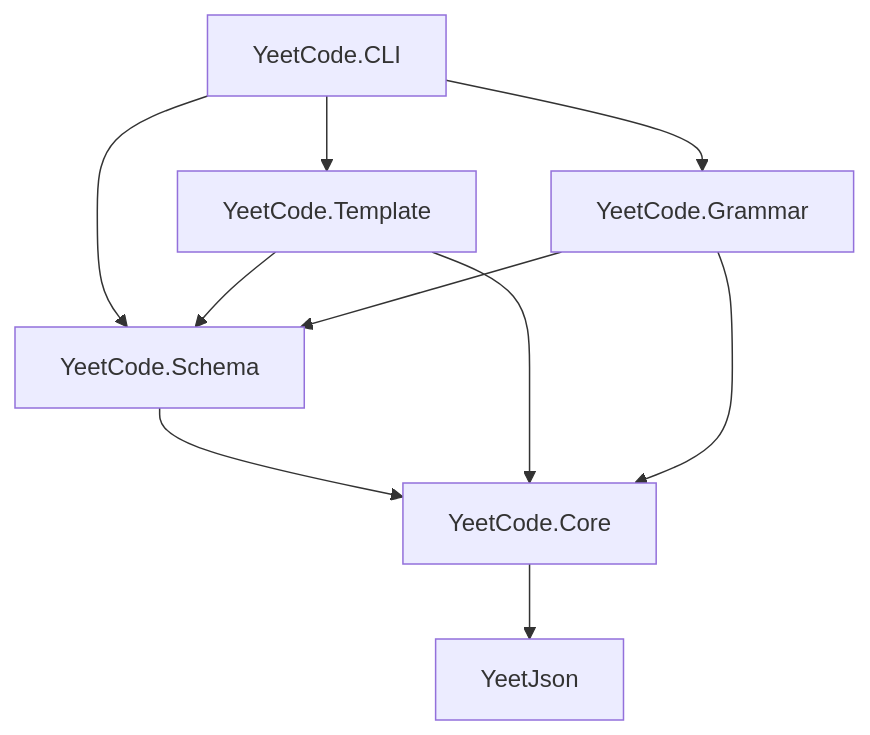
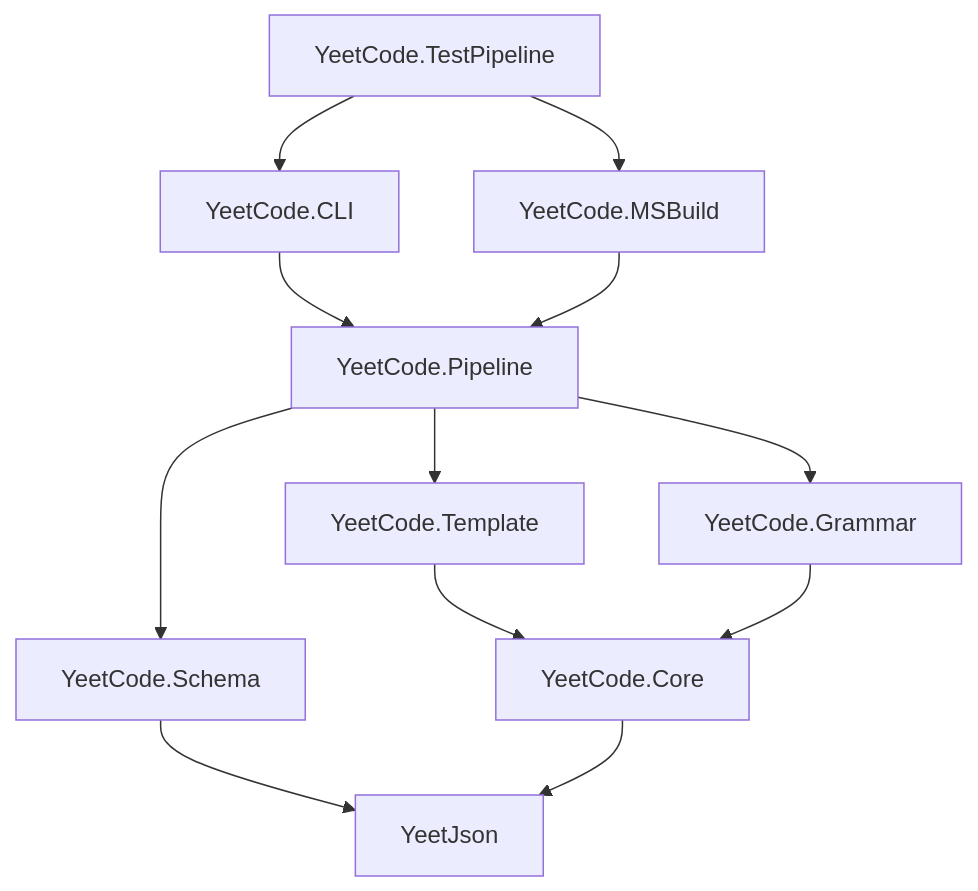
The diagram in _PROJECT_STRUCTURE.md (ArtificialNecessity/AN_YeetCode), drawn with Mermaid before and after one commit. The commit also changed other lines of this file and 27 other files, not shown here.

````diff
--- a/_PROJECT_STRUCTURE.md
+++ b/_PROJECT_STRUCTURE.md
@@ -91,12 +135,14 @@
 ```mermaid
 graph TD
-    CLI[YeetCode.CLI] --> Schema[YeetCode.Schema]
-    CLI --> Template[YeetCode.Template]
-    CLI --> Grammar[YeetCode.Grammar]
-    Schema --> Core[YeetCode.Core]
-    Template --> Core
-    Template --> Schema
+    CLI[YeetCode.CLI] --> Pipeline[YeetCode.Pipeline]
+    MSBuild[YeetCode.MSBuild] --> Pipeline
+    Pipeline --> Schema[YeetCode.Schema]
+    Pipeline --> Template[YeetCode.Template]
+    Pipeline --> Grammar[YeetCode.Grammar]
+    Schema --> YeetJson[YeetJson]
+    Template --> Core[YeetCode.Core]
     Grammar --> Core
-    Grammar --> Schema
-    Core --> HJSON[YeetJson]
+    Core --> YeetJson
+    TestPipeline[YeetCode.TestPipeline] --> CLI
+    TestPipeline --> MSBuild
 ```
````
